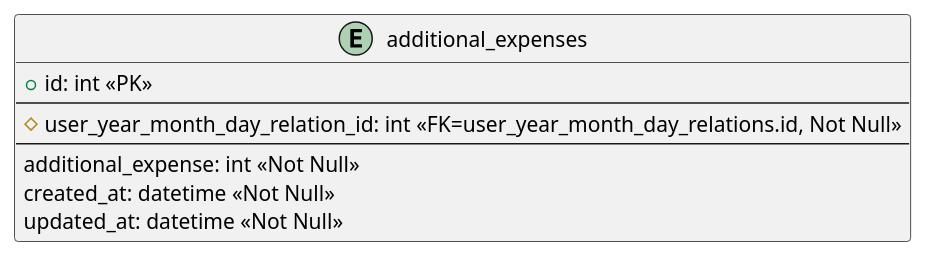
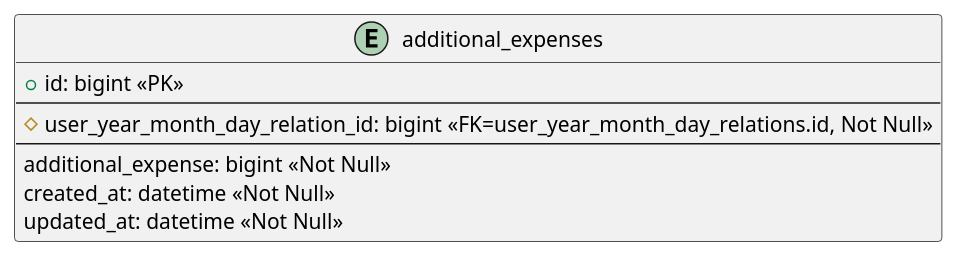
One commit to ZoveRKI/BookKeeping changed the diagram in Plantuml/tables/additional_expenses.puml. Above: the diagram before and after it, drawn with PlantUML. The commit also changed 7 other files, not shown here.

```diff
--- a/Plantuml/tables/additional_expenses.puml
+++ b/Plantuml/tables/additional_expenses.puml
@@ -1,13 +1,13 @@
 @startuml additional_expenses
 
 entity "additional_expenses" as additional_expenses {
-    + id: int <<PK>>
+    + id: bigint <<PK>>
     --
-    # user_year_month_day_relation_id: int <<FK=user_year_month_day_relations.id, Not Null>>
+    # user_year_month_day_relation_id: bigint <<FK=user_year_month_day_relations.id, Not Null>>
     --
-    additional_expense: int <<Not Null>>
+    additional_expense: bigint <<Not Null>>
     created_at: datetime <<Not Null>>
     updated_at: datetime <<Not Null>>
 }
 
 @enduml
```
